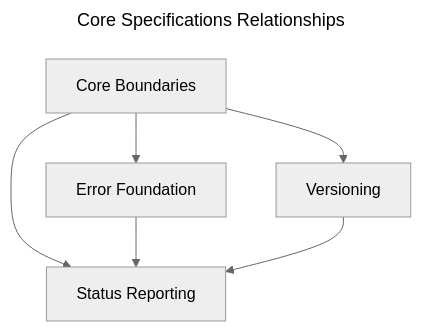
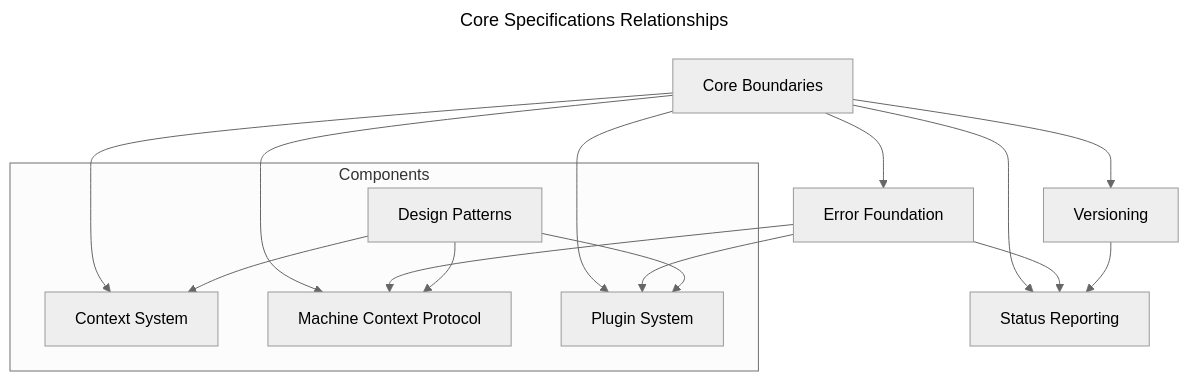
Before and after one commit to ecoPrimals/squirrel: the diagram in specs/core/README.md, drawn with Mermaid (neutral theme). The commit also changed other lines of this file and 2183 other files, not shown here.

````diff
--- a/specs/core/README.md
+++ b/specs/core/README.md
@@ -35,11 +56,27 @@
 ```mermaid
 ---
 title: Core Specifications Relationships
 ---
 graph TD
     CB[Core Boundaries] --> EF[Error Foundation]
     CB --> VS[Versioning]
     CB --> SR[Status Reporting]
     EF --> SR
     VS --> SR
+    
+    subgraph Components
+      CS[Context System]
+      MCP[Machine Context Protocol]
+      PS[Plugin System]
+      DP[Design Patterns]
+    end
+    
+    CB --> CS
+    CB --> MCP
+    CB --> PS
+    EF --> MCP
+    EF --> PS
+    DP --> CS
+    DP --> MCP
+    DP --> PS
 ```
````
